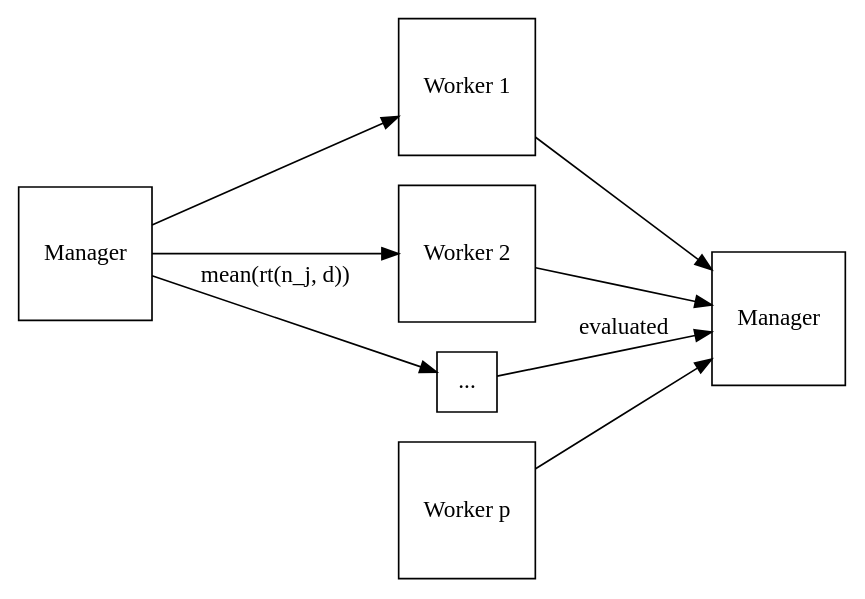
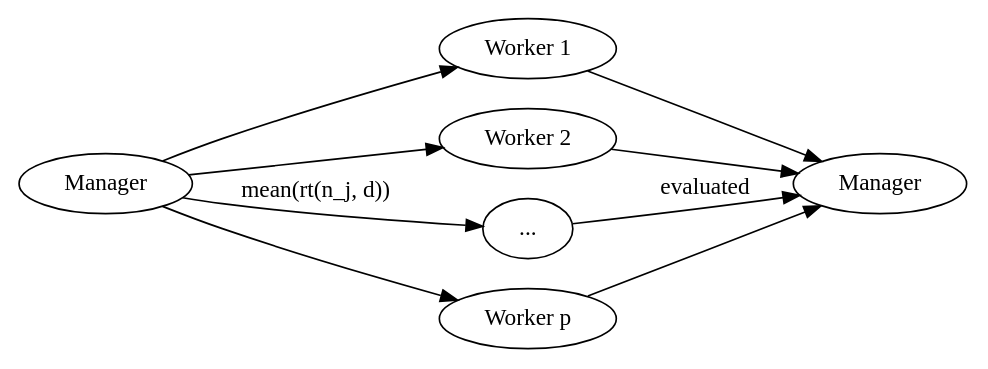
Before and after one commit to clarkfitzg/phd_research: the diagram in proposal/snow.dot, drawn with Graphviz. The commit also changed 5 other files, not shown here.

```diff
--- a/proposal/snow.dot
+++ b/proposal/snow.dot
@@ -1,21 +1,23 @@
 digraph {
     rankdir=LR;
     //size="8,5"
-    node [shape = square]; 1, 2, 3;
-    //node [shape = none];
+    //node [shape = square]; 1, 2, 5;
+    //node [shape = none]; 3;
+    //node [shape = oval]; 0, 4;
 
     0 [label="Manager"];
     1 [label="Worker 1"];
     2 [label="Worker 2"];
     3 [label="..."];
     4 [label="Manager"];
     5 [label="Worker p"];
 
     0 -> 1;
     0 -> 2;
     0 -> 3 [label="mean(rt(n_j, d))"];
+    0 -> 5;
     1 -> 4;
     2 -> 4;
     3 -> 4 [label="evaluated"];
     5 -> 4;
 }
```
